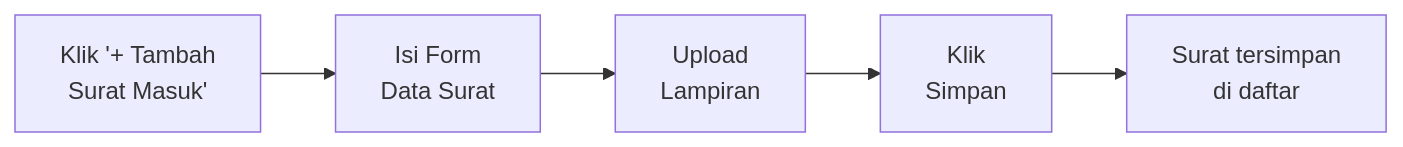
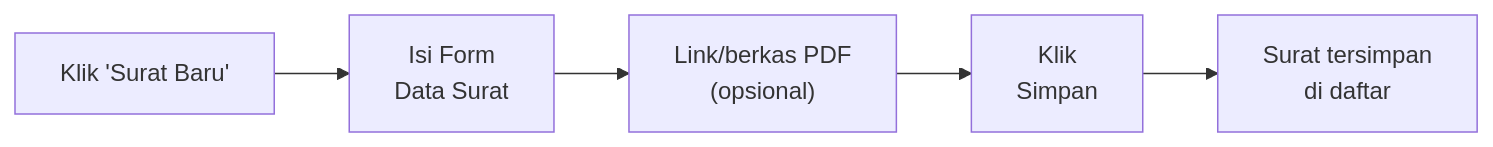
One commit to bayilaras/simsa-atrbpn changed the third of 9 diagrams in PANDUAN_PENGGUNAAN_SIMSA.md. Above: the diagram before and after it, drawn with Mermaid. The commit also changed other lines of this file, not shown here.

````diff
--- a/PANDUAN_PENGGUNAAN_SIMSA.md
+++ b/PANDUAN_PENGGUNAAN_SIMSA.md
@@ -350,7 +358,7 @@
 ```mermaid
 flowchart LR
-    A["Klik '+ Tambah\nSurat Masuk'"] --> B[Isi Form\nData Surat]
-    B --> C[Upload\nLampiran]
+    A["Klik 'Surat Baru'"] --> B[Isi Form\nData Surat]
+    B --> C["Link/berkas PDF\n(opsional)"]
     C --> D[Klik\nSimpan]
     D --> E[Surat tersimpan\ndi daftar]
 ```
````
